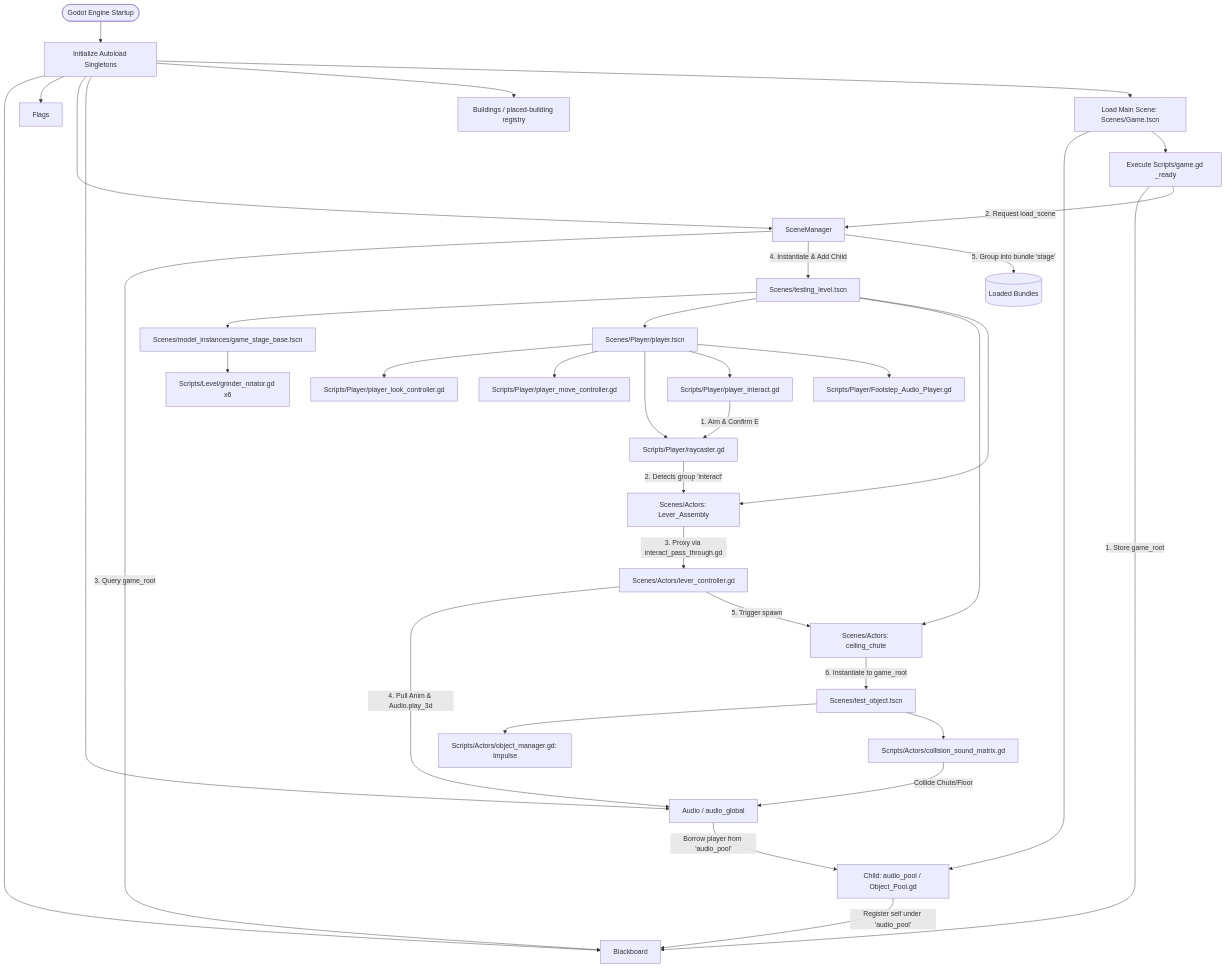
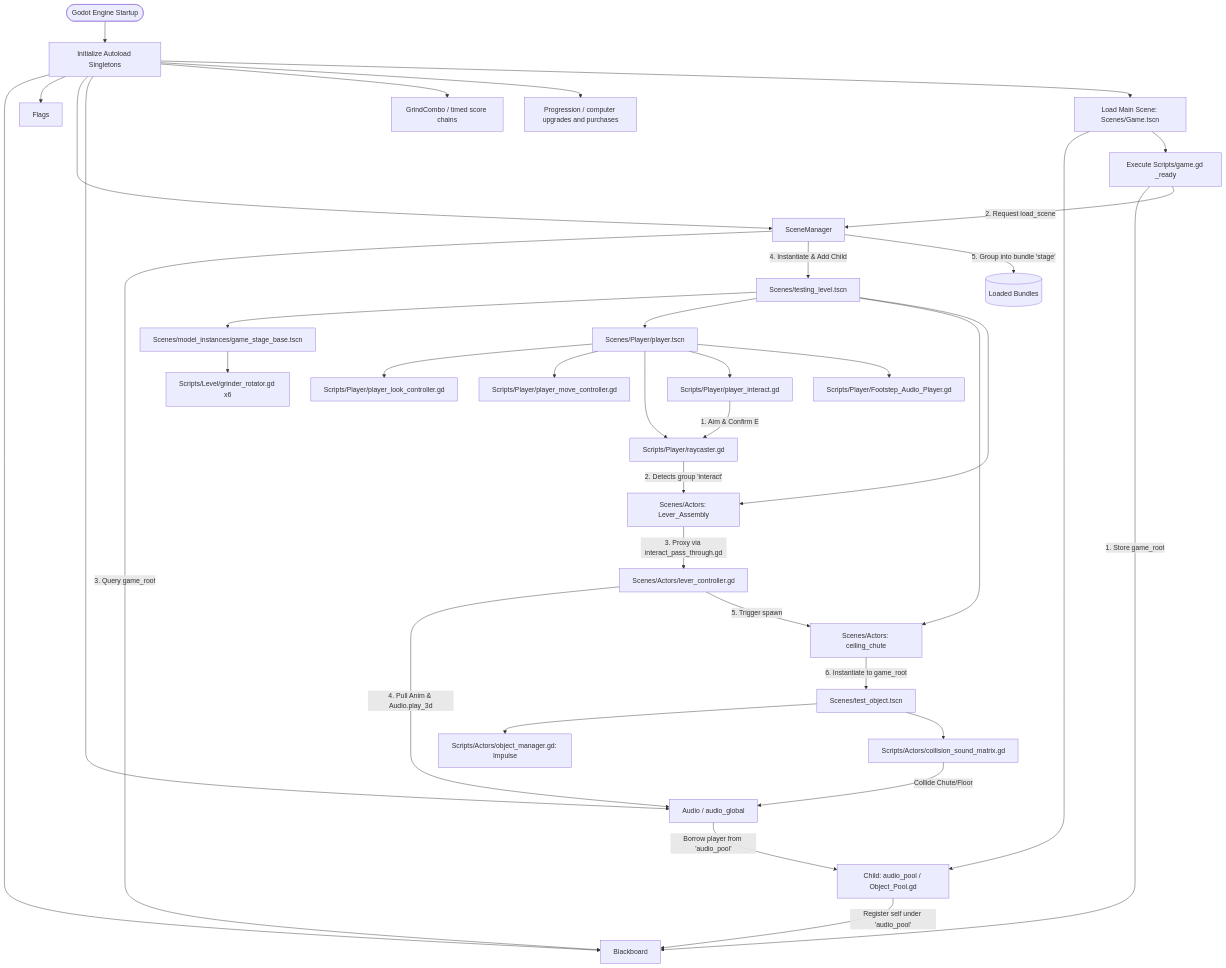
One commit to CoolBeanGames/Remnant-GD changed the diagram in README.md. Above: the diagram before and after it, drawn with Mermaid. The commit also changed other lines of this file and 731 other files, not shown here.

````diff
--- a/README.md
+++ b/README.md
@@ -14,46 +14,47 @@
 ```mermaid
 flowchart TD
     Boot([Godot Engine Startup]) --> Autoloads[Initialize Autoload Singletons]
     Autoloads --> BB[Blackboard]
     Autoloads --> FL[Flags]
     Autoloads --> SM[SceneManager]
     Autoloads --> AG[Audio / audio_global]
-    Autoloads --> BR[Buildings / placed-building registry]
+    Autoloads --> GC[GrindCombo / timed score chains]
+    Autoloads --> PR[Progression / computer upgrades and purchases]
 
     Autoloads --> MainScene[Load Main Scene: Scenes/Game.tscn]
     MainScene --> PoolNode[Child: audio_pool / Object_Pool.gd]
     MainScene --> GameScript[Execute Scripts/game.gd _ready]
 
     PoolNode -->|Register self under 'audio_pool'| BB
     GameScript -->|1. Store game_root| BB
     GameScript -->|2. Request load_scene| SM
 
     SM -->|3. Query game_root| BB
     SM -->|4. Instantiate & Add Child| TestLevel[Scenes/testing_level.tscn]
     SM -->|5. Group into bundle 'stage'| BundleRegister[(Loaded Bundles)]
 
     TestLevel --> StageMesh[Scenes/model_instances/game_stage_base.tscn]
     TestLevel --> PlayerActor[Scenes/Player/player.tscn]
     TestLevel --> CeilingChute[Scenes/Actors: ceiling_chute]
     TestLevel --> LeverAssembly[Scenes/Actors: Lever_Assembly]
 
     StageMesh --> Grinders[Scripts/Level/grinder_rotator.gd x6]
 
     PlayerActor --> LookCtrl[Scripts/Player/player_look_controller.gd]
     PlayerActor --> MoveCtrl[Scripts/Player/player_move_controller.gd]
     PlayerActor --> Raycast[Scripts/Player/raycaster.gd]
     PlayerActor --> InteractCtrl[Scripts/Player/player_interact.gd]
     PlayerActor --> Footsteps[Scripts/Player/Footstep_Audio_Player.gd]
 
     InteractCtrl -->|1. Aim & Confirm E| Raycast
     Raycast -->|2. Detects group 'interact'| LeverAssembly
     LeverAssembly -->|3. Proxy via interact_pass_through.gd| LeverCtrl[Scenes/Actors/lever_controller.gd]
     LeverCtrl -->|4. Pull Anim & Audio.play_3d| AG
     LeverCtrl -->|5. Trigger spawn| CeilingChute
     CeilingChute -->|6. Instantiate to game_root| TestObject[Scenes/test_object.tscn]
 
     TestObject --> ObjManager[Scripts/Actors/object_manager.gd: Impulse]
     TestObject --> SoundMatrix[Scripts/Actors/collision_sound_matrix.gd]
     SoundMatrix -->|Collide Chute/Floor| AG
     AG -->|Borrow player from 'audio_pool'| PoolNode
 ```
````
